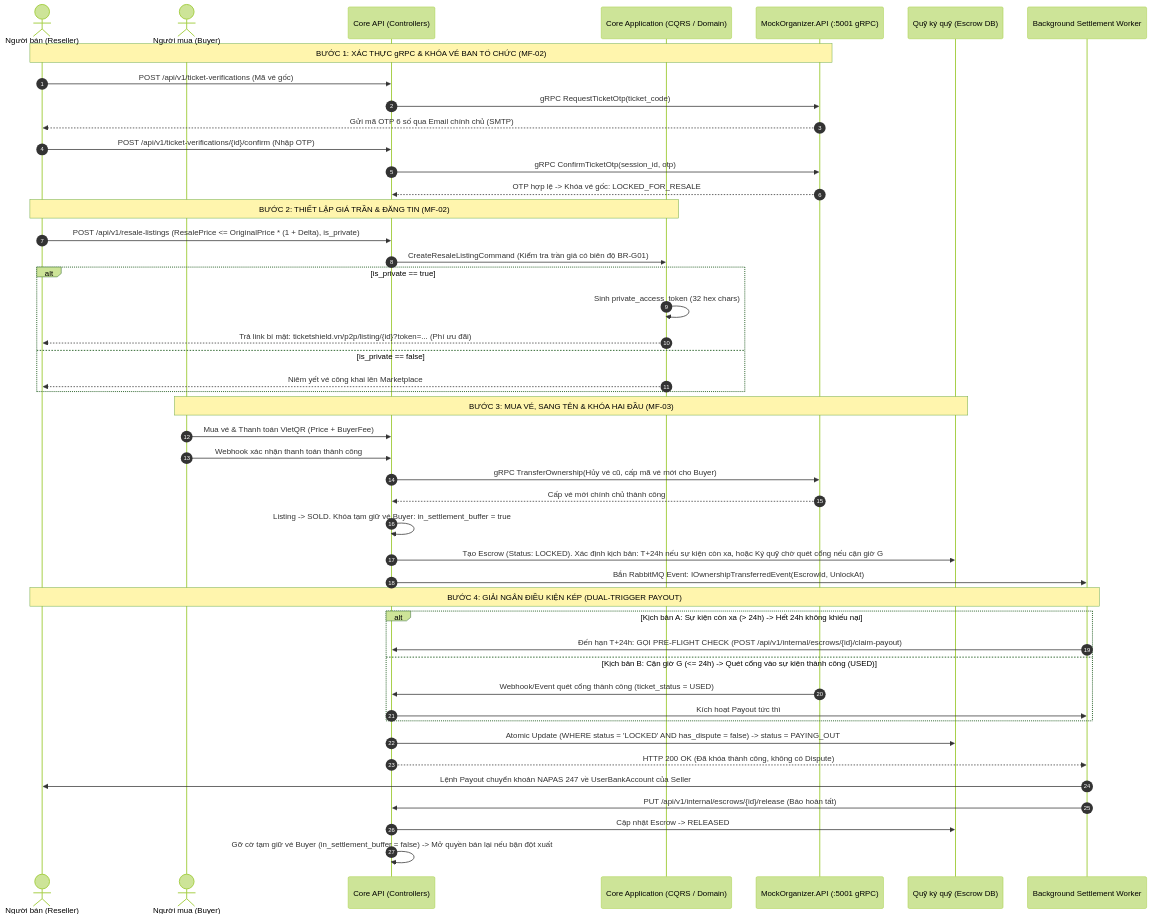
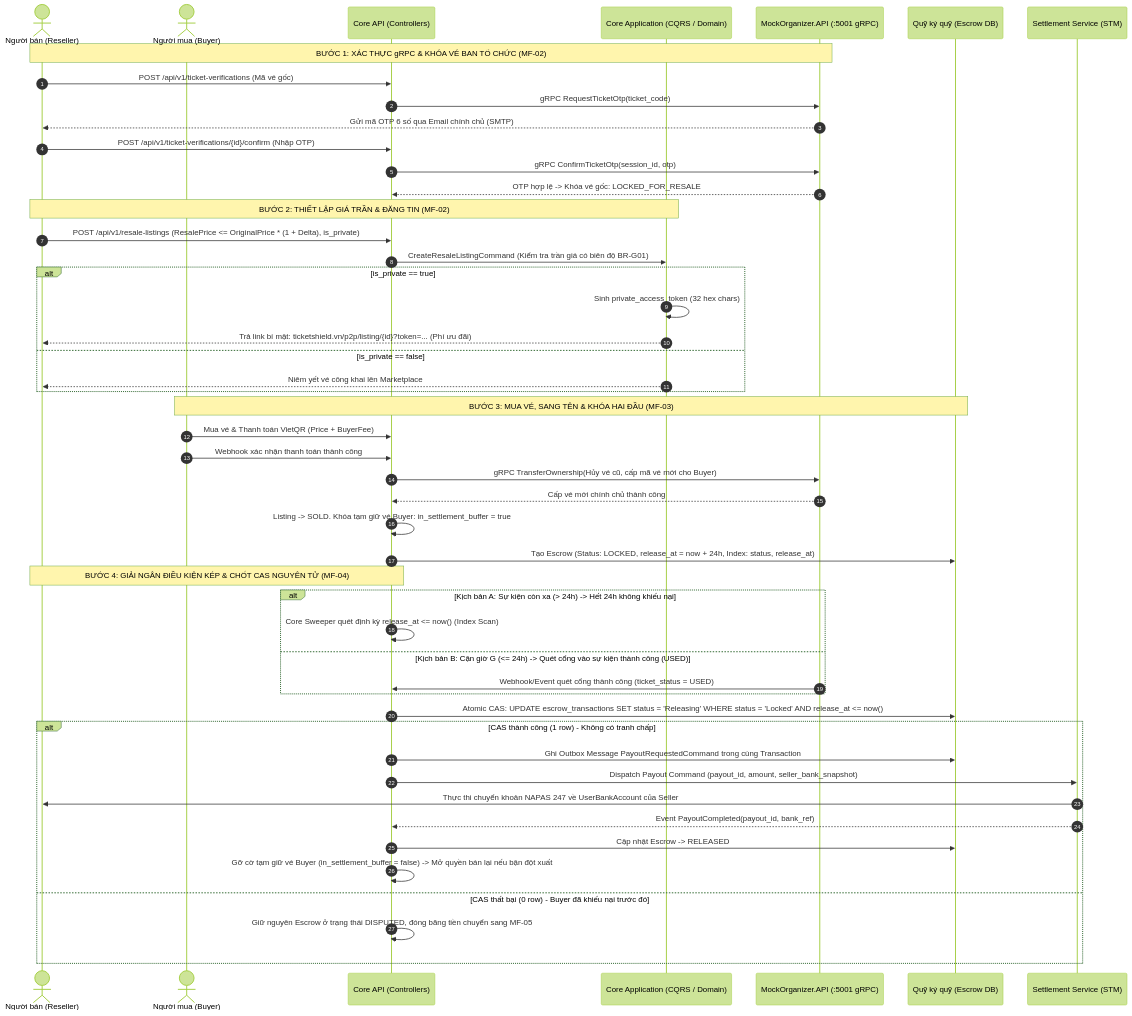
Before and after one commit to Thong-LH/TicketShield: the third of 6 diagrams in docs/specs/02_CORE_DIAGRAMS.md, drawn with Mermaid (forest theme). The commit also changed other lines of this file and 20 other files, not shown here.

````diff
--- a/docs/specs/02_CORE_DIAGRAMS.md
+++ b/docs/specs/02_CORE_DIAGRAMS.md
@@ -88,52 +88,55 @@
 ```mermaid
 sequenceDiagram
     autonumber
     actor Seller as Người bán (Reseller)
     actor Buyer as Người mua (Buyer)
     participant CoreAPI as Core API (Controllers)
     participant CoreCQRS as Core Application (CQRS / Domain)
     participant MockOrg as MockOrganizer.API (:5001 gRPC)
     participant Escrow as Quỹ ký quỹ (Escrow DB)
-    participant Worker as Background Settlement Worker
+    participant STM as Settlement Service (STM)
 
     Note over Seller,MockOrg: BƯỚC 1: XÁC THỰC gRPC & KHÓA VÉ BAN TỔ CHỨC (MF-02)
     Seller->>CoreAPI: POST /api/v1/ticket-verifications (Mã vé gốc)
     CoreAPI->>MockOrg: gRPC RequestTicketOtp(ticket_code)
     MockOrg-->>Seller: Gửi mã OTP 6 số qua Email chính chủ (SMTP)
     Seller->>CoreAPI: POST /api/v1/ticket-verifications/{id}/confirm (Nhập OTP)
     CoreAPI->>MockOrg: gRPC ConfirmTicketOtp(session_id, otp)
     MockOrg-->>CoreAPI: OTP hợp lệ -> Khóa vé gốc: LOCKED_FOR_RESALE
     
     Note over Seller,CoreCQRS: BƯỚC 2: THIẾT LẬP GIÁ TRẦN & ĐĂNG TIN (MF-02)
     Seller->>CoreAPI: POST /api/v1/resale-listings (ResalePrice <= OriginalPrice * (1 + Delta), is_private)
     CoreAPI->>CoreCQRS: CreateResaleListingCommand (Kiểm tra trần giá có biên độ BR-G01)
     alt is_private == true
         CoreCQRS->>CoreCQRS: Sinh private_access_token (32 hex chars)
         CoreCQRS-->>Seller: Trả link bí mật: ticketshield.vn/p2p/listing/{id}?token=... (Phí ưu đãi)
     else is_private == false
         CoreCQRS-->>Seller: Niêm yết vé công khai lên Marketplace
     end
 
     Note over Buyer,Escrow: BƯỚC 3: MUA VÉ, SANG TÊN & KHÓA HAI ĐẦU (MF-03)
     Buyer->>CoreAPI: Mua vé & Thanh toán VietQR (Price + BuyerFee)
     Buyer->>CoreAPI: Webhook xác nhận thanh toán thành công
     CoreAPI->>MockOrg: gRPC TransferOwnership(Hủy vé cũ, cấp mã vé mới cho Buyer)
     MockOrg-->>CoreAPI: Cấp vé mới chính chủ thành công
     CoreAPI->>CoreAPI: Listing -> SOLD. Khóa tạm giữ vé Buyer: in_settlement_buffer = true
-    CoreAPI->>Escrow: Tạo Escrow (Status: LOCKED). Xác định kịch bản: T+24h nếu sự kiện còn xa, hoặc Ký quỹ chờ quét cổng nếu cận giờ G
-    CoreAPI->>Worker: Bắn RabbitMQ Event: IOwnershipTransferredEvent(EscrowId, UnlockAt)
+    CoreAPI->>Escrow: Tạo Escrow (Status: LOCKED, release_at = now + 24h, Index: status, release_at)
 
-    Note over Worker,Seller: BƯỚC 4: GIẢI NGÂN ĐIỀU KIỆN KÉP (DUAL-TRIGGER PAYOUT)
+    Note over CoreAPI,Seller: BƯỚC 4: GIẢI NGÂN ĐIỀU KIỆN KÉP & CHỐT CAS NGUYÊN TỬ (MF-04)
     alt Kịch bản A: Sự kiện còn xa (> 24h) -> Hết 24h không khiếu nại
-        Worker->>CoreAPI: Đến hạn T+24h: GỌI PRE-FLIGHT CHECK (POST /api/v1/internal/escrows/{id}/claim-payout)
+        CoreAPI->>CoreAPI: Core Sweeper quét định kỳ release_at <= now() (Index Scan)
     else Kịch bản B: Cận giờ G (<= 24h) -> Quét cổng vào sự kiện thành công (USED)
         MockOrg->>CoreAPI: Webhook/Event quét cổng thành công (ticket_status = USED)
-        CoreAPI->>Worker: Kích hoạt Payout tức thì
     end
-    CoreAPI->>Escrow: Atomic Update (WHERE status = 'LOCKED' AND has_dispute = false) -> status = PAYING_OUT
-    CoreAPI-->>Worker: HTTP 200 OK (Đã khóa thành công, không có Dispute)
-    Worker->>Seller: Lệnh Payout chuyển khoản NAPAS 247 về UserBankAccount của Seller
-    Worker->>CoreAPI: PUT /api/v1/internal/escrows/{id}/release (Báo hoàn tất)
-    CoreAPI->>Escrow: Cập nhật Escrow -> RELEASED
-    CoreAPI->>CoreAPI: Gỡ cờ tạm giữ vé Buyer (in_settlement_buffer = false) -> Mở quyền bán lại nếu bận đột xuất
+    CoreAPI->>Escrow: Atomic CAS: UPDATE escrow_transactions SET status = 'Releasing' WHERE status = 'Locked' AND release_at <= now()
+    alt CAS thành công (1 row) - Không có tranh chấp
+        CoreAPI->>Escrow: Ghi Outbox Message PayoutRequestedCommand trong cùng Transaction
+        CoreAPI->>STM: Dispatch Payout Command (payout_id, amount, seller_bank_snapshot)
+        STM->>Seller: Thực thi chuyển khoản NAPAS 247 về UserBankAccount của Seller
+        STM-->>CoreAPI: Event PayoutCompleted(payout_id, bank_ref)
+        CoreAPI->>Escrow: Cập nhật Escrow -> RELEASED
+        CoreAPI->>CoreAPI: Gỡ cờ tạm giữ vé Buyer (in_settlement_buffer = false) -> Mở quyền bán lại nếu bận đột xuất
+    else CAS thất bại (0 row) - Buyer đã khiếu nại trước đó
+        CoreAPI->>CoreAPI: Giữ nguyên Escrow ở trạng thái DISPUTED, đóng băng tiền chuyển sang MF-05
+    end
 ```
````
